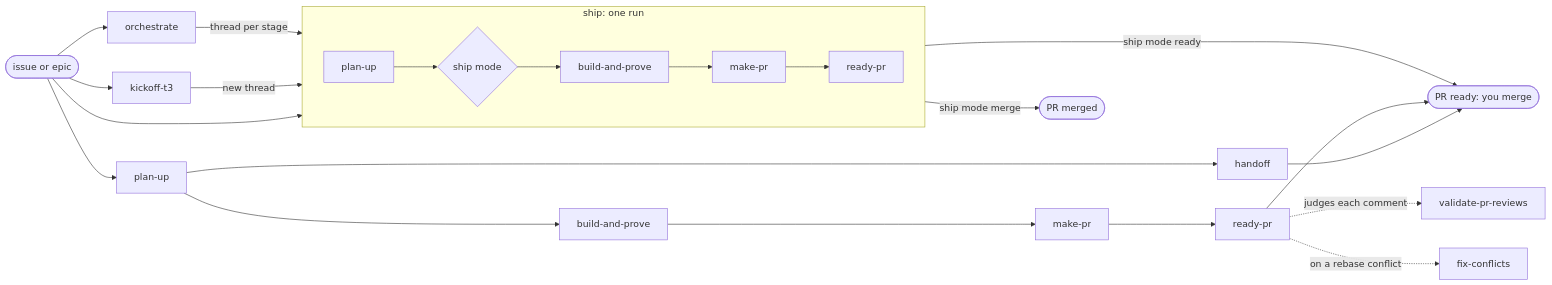
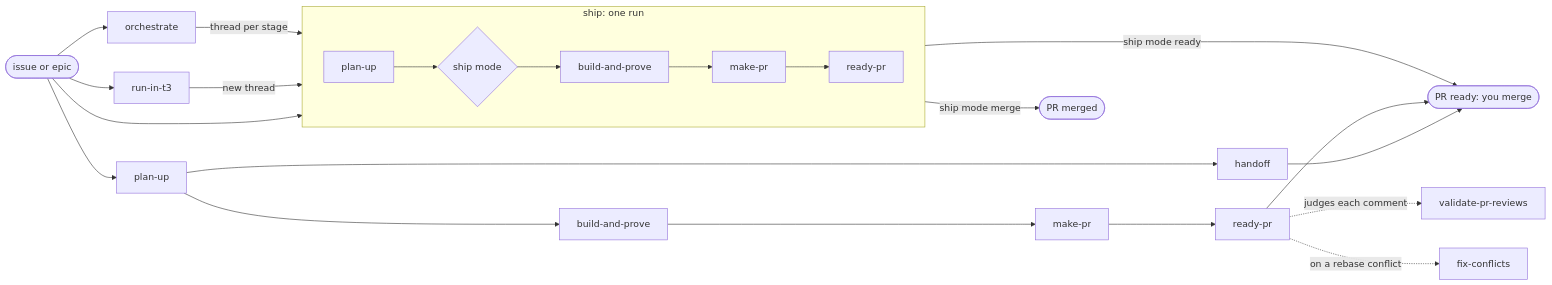
Before and after one commit to linhvu0711/skills: the second of 2 diagrams in README.md, drawn with Mermaid. The commit also changed other lines of this file and 15 other files, not shown here.

First line of the commit message:
refactor(run-in-t3)!: rename kickoff-t3

````diff
--- a/README.md
+++ b/README.md
@@ -36,21 +36,21 @@
 ```mermaid
 flowchart LR
   ticket([issue or epic]) --> ship
-  ticket --> kickofft3[kickoff-t3]
+  ticket --> kickofft3[run-in-t3]
   ticket --> orchestrate[orchestrate]
   ticket --> planup[plan-up]
   kickofft3 -->|new thread| ship
   orchestrate -->|thread per stage| ship
   subgraph ship [ship: one run]
     direction LR
     sp[plan-up] --> sm2{ship mode} --> sb[build-and-prove] --> sm[make-pr] --> sr[ready-pr]
   end
   planup --> bp[build-and-prove] --> makepr[make-pr] --> readypr[ready-pr]
   planup --> ho[handoff]
   ship -->|ship mode ready| done([PR ready: you merge])
   ship -->|ship mode merge| merged([PR merged])
   ho --> done
   readypr --> done
   readypr -.->|judges each comment| vpr[validate-pr-reviews]
   readypr -.->|on a rebase conflict| fc[fix-conflicts]
 ```
````
